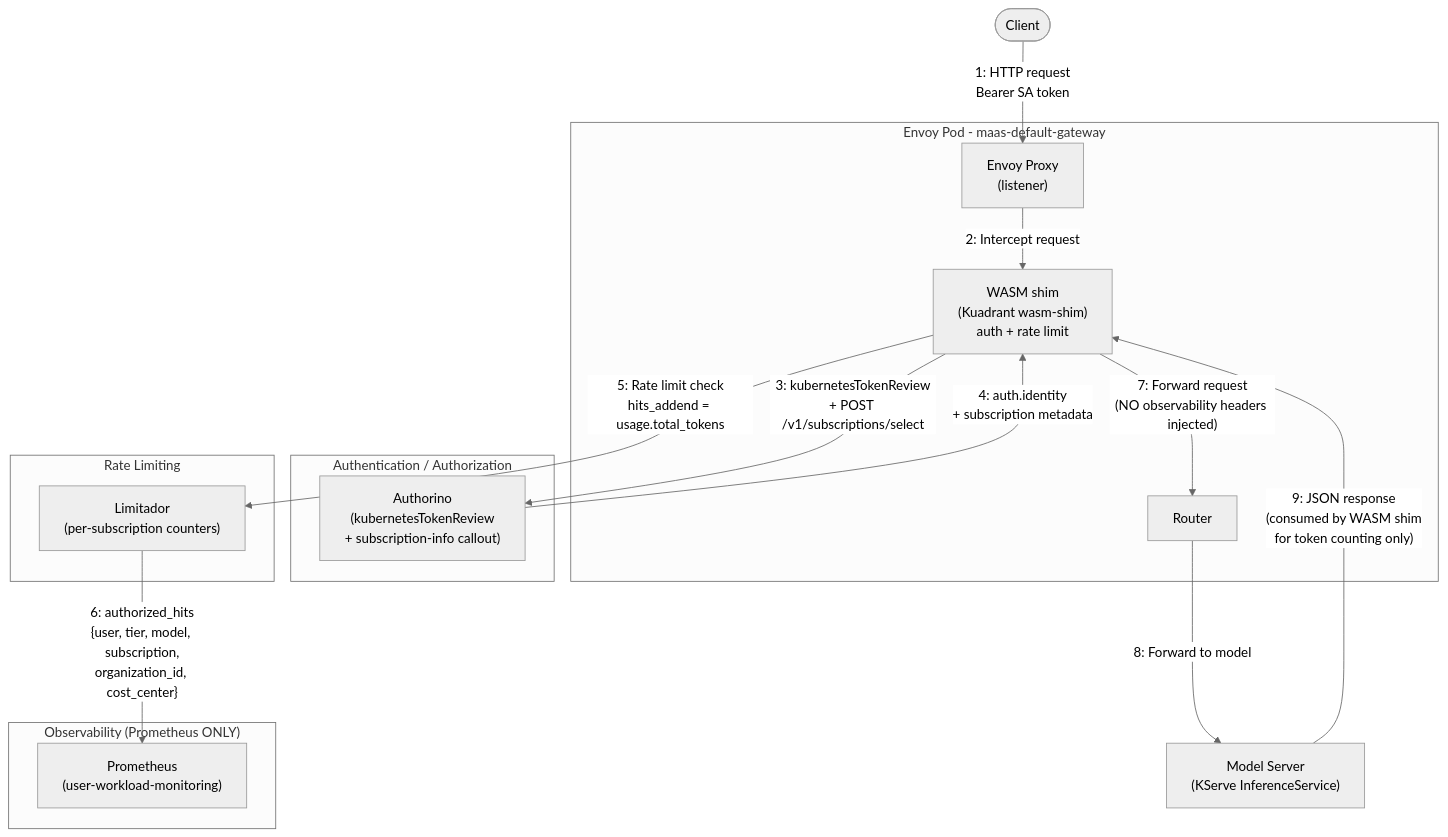
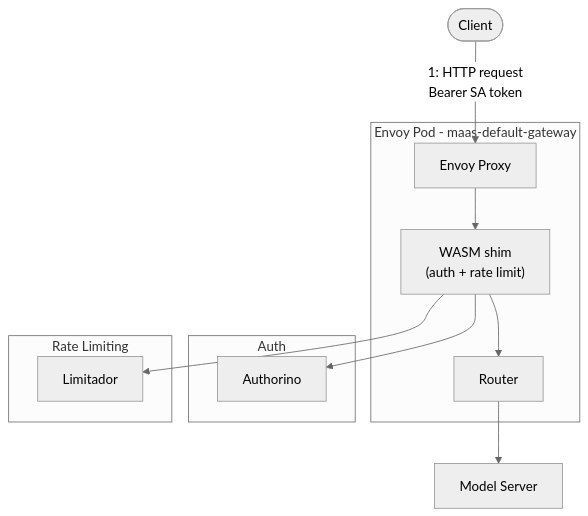
One commit to opendatahub-io/models-as-a-service changed the first of 4 diagrams in envoy-otel-structured-logs-plan.md. Above: the diagram before and after it, drawn with Mermaid (neutral theme). The commit also changed other lines of this file and 16 other files, not shown here.

First line of the commit message:
observability: Perses dual-datasource fix, loki-query-proxy improvements, dashboard split

````diff
--- a/envoy-otel-structured-logs-plan.md
+++ b/envoy-otel-structured-logs-plan.md
@@ -221,33 +52,21 @@
 ```mermaid
 flowchart TD
     client(["Client"]) -->|"1: HTTP request\nBearer SA token"| envoy
-
     subgraph envoyPod ["Envoy Pod - maas-default-gateway"]
-        envoy["Envoy Proxy\n(listener)"]
-        wasmShim["WASM shim\n(Kuadrant wasm-shim)\nauth + rate limit"]
+        envoy["Envoy Proxy"]
+        wasmShim["WASM shim\n(auth + rate limit)"]
         routerPre["Router"]
     end
+    subgraph authPre ["Auth"]
+        authorinoPre["Authorino"]
+    end
+    subgraph ratePre ["Rate Limiting"]
+        limitadorPre["Limitador"]
+    end
+    modelPre["Model Server"]
 
-    subgraph authPre ["Authentication / Authorization"]
-        authorinoPre["Authorino\n(kubernetesTokenReview\n+ subscription-info callout)"]
-    end
-
-    subgraph ratePre ["Rate Limiting"]
-        limitadorPre["Limitador\n(per-subscription counters)"]
-    end
-
-    subgraph obsPre ["Observability (Prometheus ONLY)"]
-        promPre["Prometheus\n(user-workload-monitoring)"]
-    end
-
-    modelPre["Model Server\n(KServe InferenceService)"]
-
-    envoy -->|"2: Intercept request"| wasmShim
-    wasmShim -->|"3: kubernetesTokenReview\n+ POST /v1/subscriptions/select"| authorinoPre
-    authorinoPre -->|"4: auth.identity\n+ subscription metadata"| wasmShim
-    wasmShim -->|"5: Rate limit check\nhits_addend = usage.total_tokens"| limitadorPre
-    limitadorPre -->|"6: authorized_hits\n{user, tier, model, subscription,\norganization_id, cost_center}"| promPre
-    wasmShim -->|"7: Forward request\n(NO observability headers injected)"| routerPre
-    routerPre -->|"8: Forward to model"| modelPre
-    modelPre -->|"9: JSON response\n(consumed by WASM shim\nfor token counting only)"| wasmShim
+    envoy --> wasmShim
+    wasmShim --> authorinoPre
+    wasmShim --> limitadorPre
+    wasmShim --> routerPre --> modelPre
 ```
````
